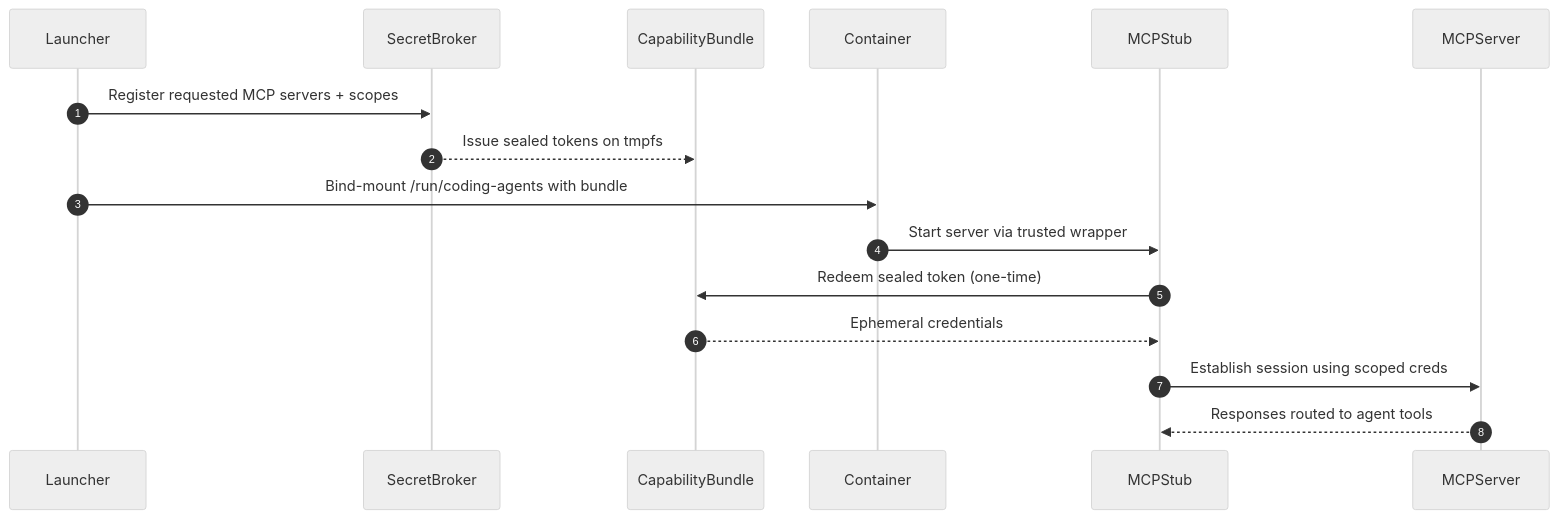
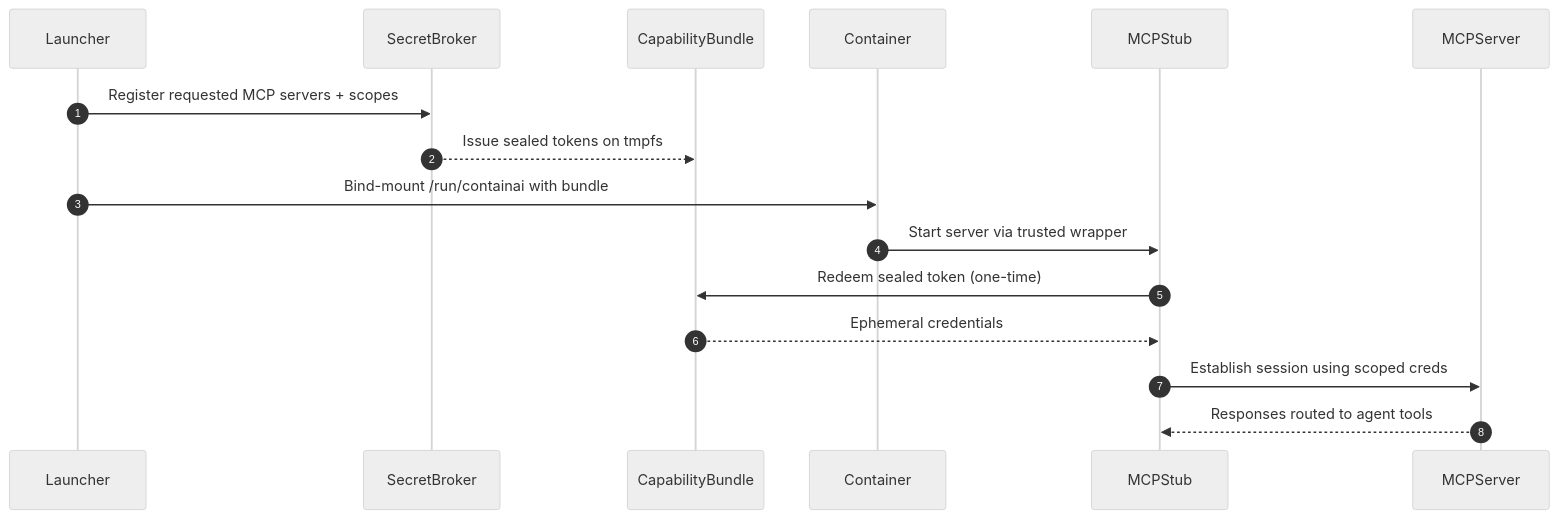
The second of 4 diagrams in docs/security-workflows.md (novotnyllc/ContainAI), drawn with Mermaid (neutral theme) before and after one commit. The commit also changed other lines of this file and 109 other files, not shown here.

````diff
--- a/docs/security-workflows.md
+++ b/docs/security-workflows.md
@@ -34,19 +34,19 @@
 ```mermaid
 sequenceDiagram
     autonumber
     participant Launcher
     participant SecretBroker
     participant CapabilityBundle
     participant Container
     participant MCPStub
     participant MCPServer
 
     Launcher->>SecretBroker: Register requested MCP servers + scopes
     SecretBroker-->>CapabilityBundle: Issue sealed tokens on tmpfs
-    Launcher->>Container: Bind-mount /run/coding-agents with bundle
+    Launcher->>Container: Bind-mount /run/containai with bundle
     Container->>MCPStub: Start server via trusted wrapper
     MCPStub->>CapabilityBundle: Redeem sealed token (one-time)
     CapabilityBundle-->>MCPStub: Ephemeral credentials
     MCPStub->>MCPServer: Establish session using scoped creds
     MCPServer-->>MCPStub: Responses routed to agent tools
 ```
````
